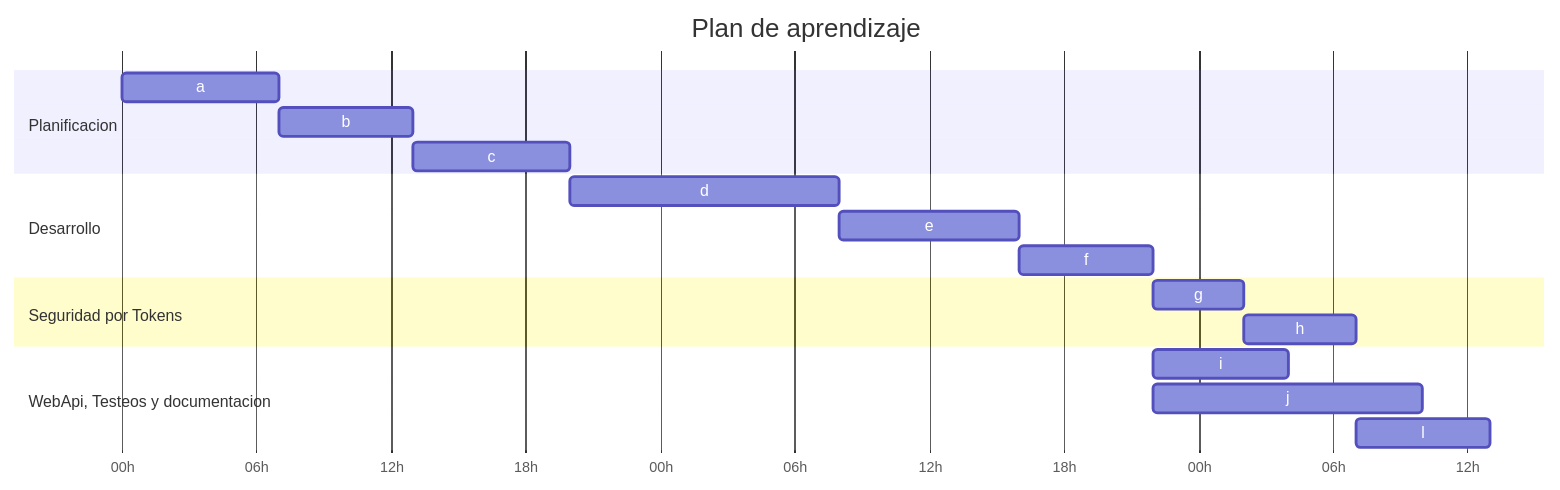
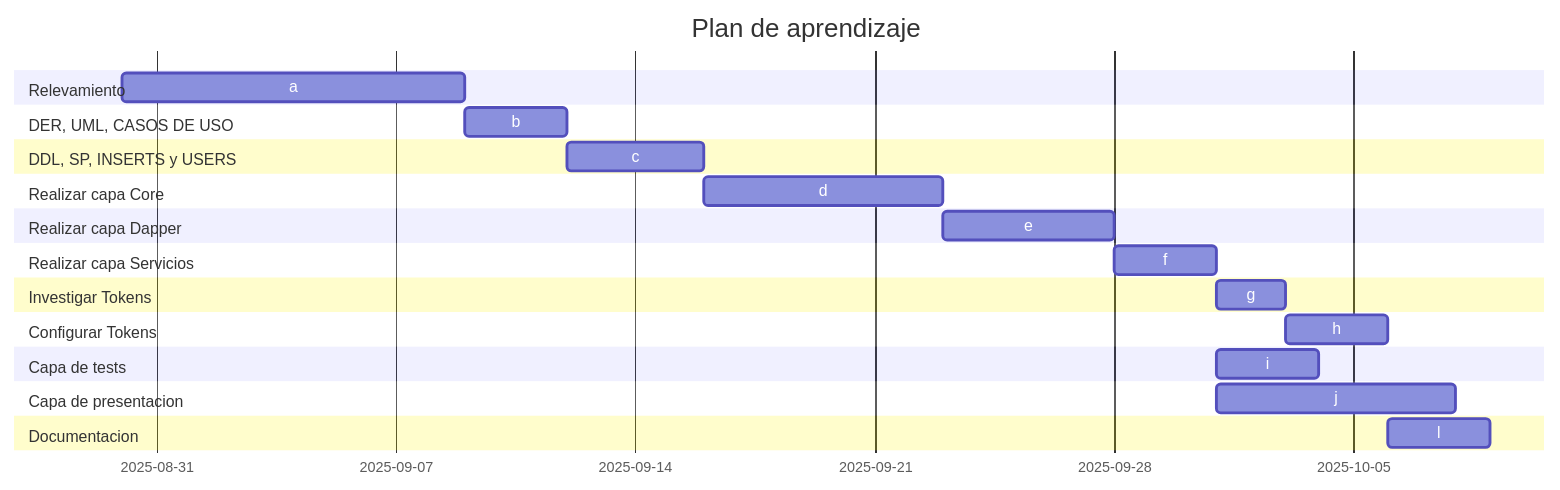
The diagram in Proyecto/Doc/ListaTareaGantt.md (MonkiCapo/AplicacionQR), drawn with Mermaid before and after one commit. The commit also changed 3 other files, not shown here.

Commit message:
Cambiando GANTT

````diff
--- a/Proyecto/Doc/ListaTareaGantt.md
+++ b/Proyecto/Doc/ListaTareaGantt.md
@@ -19,28 +19,42 @@
 ```mermaid
 
 gantt
     title Plan de aprendizaje
-    dateFormat  HH
-    axisFormat  %Hh
+    dateFormat  YYYY-MM-DD
 
-    section Planificacion
-    a : a, 00, 7h
-    b : b, after a, 6h
-    c : c, after b, 7h
+    section Relevamiento
+    a : a, 2025-08-30, 10d
 
-    section Desarrollo
-    d : d, after c, 12h
-    e : e, after d, 8h
-    f : f, after e, 6h
+    section DER, UML, CASOS DE USO
+    b : after a, 3d
 
-    section Seguridad por Tokens
-    g : g, after f, 4h
-    h : h, after g, 5h
+    section DDL, SP, INSERTS y USERS
+    c : c, after b, 4d
+
+    section Realizar capa Core
+    d : d, after c, 7d
+
+    section Realizar capa Dapper
+    e : e, after d, 5d
+
+    section Realizar capa Servicios
+    f : f, after e, 3d
+
+    section Investigar Tokens
+    g : g, after f, 2d
+
+    section Configurar Tokens
+    h : h, after g, 3d
     
-    section WebApi, Testeos y documentacion
-    i: i, after f, 6h
-    j : j, after f, 12h
-    l : l, after h, 6h
+    section Capa de tests
+    i: i, after f, 3d
+
+    section Capa de presentacion
+    j : j, after f, 7d
+
+    section Documentacion
+    l : l, after h, 3d
+
 
 
 ```
````
